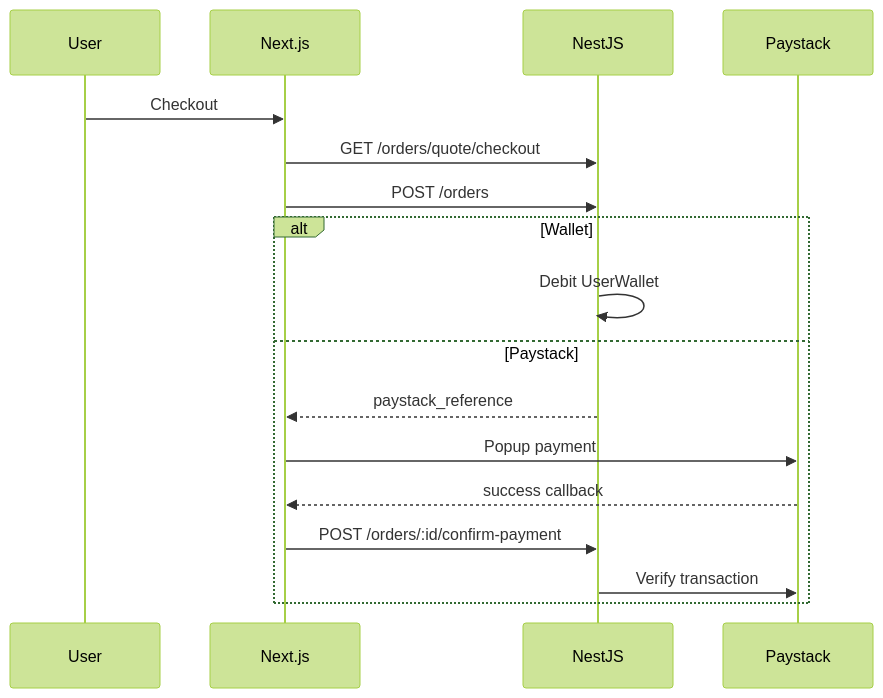
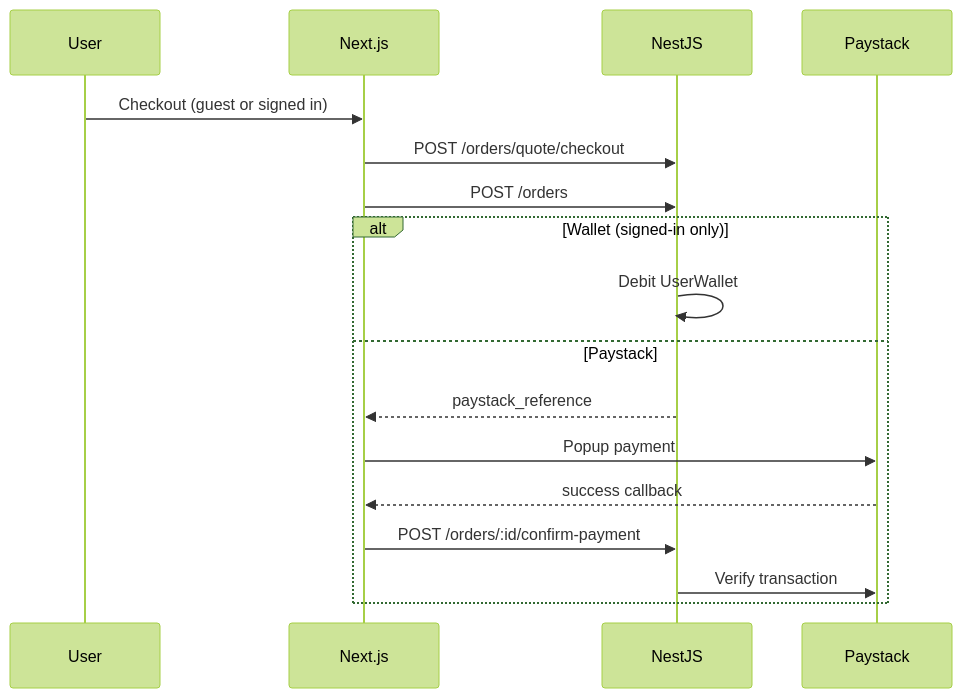
One commit to wastwagon/thinqshopapp changed the second of 2 diagrams in docs/PROJECT_UNDERSTANDING.md. Above: the diagram before and after it, drawn with Mermaid (forest theme). The commit also changed other lines of this file and 22 other files, not shown here.

````diff
--- a/docs/PROJECT_UNDERSTANDING.md
+++ b/docs/PROJECT_UNDERSTANDING.md
@@ -145,20 +145,20 @@
 ```mermaid
 sequenceDiagram
   participant User
   participant Web as Next.js
   participant API as NestJS
   participant PS as Paystack
 
-  User->>Web: Checkout
-  Web->>API: GET /orders/quote/checkout
+  User->>Web: Checkout (guest or signed in)
+  Web->>API: POST /orders/quote/checkout
   Web->>API: POST /orders
-  alt Wallet
+  alt Wallet (signed-in only)
     API->>API: Debit UserWallet
   else Paystack
     API-->>Web: paystack_reference
     Web->>PS: Popup payment
     PS-->>Web: success callback
     Web->>API: POST /orders/:id/confirm-payment
     API->>PS: Verify transaction
   end
 ```
````
